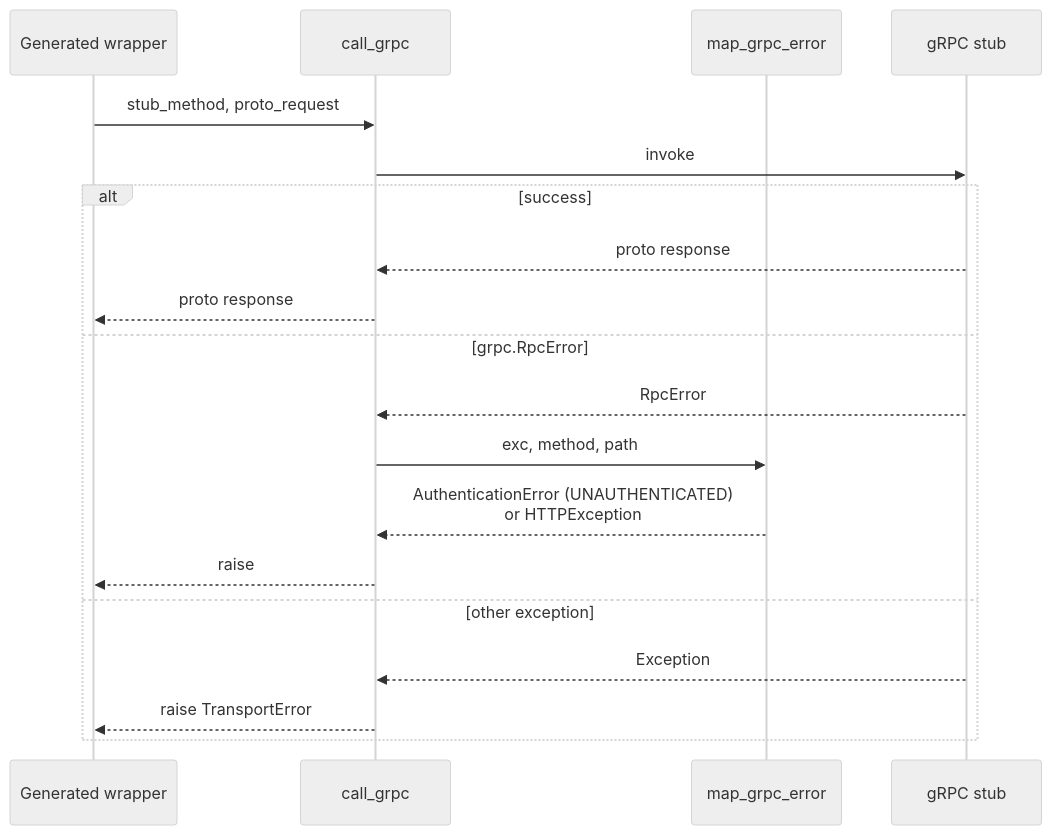
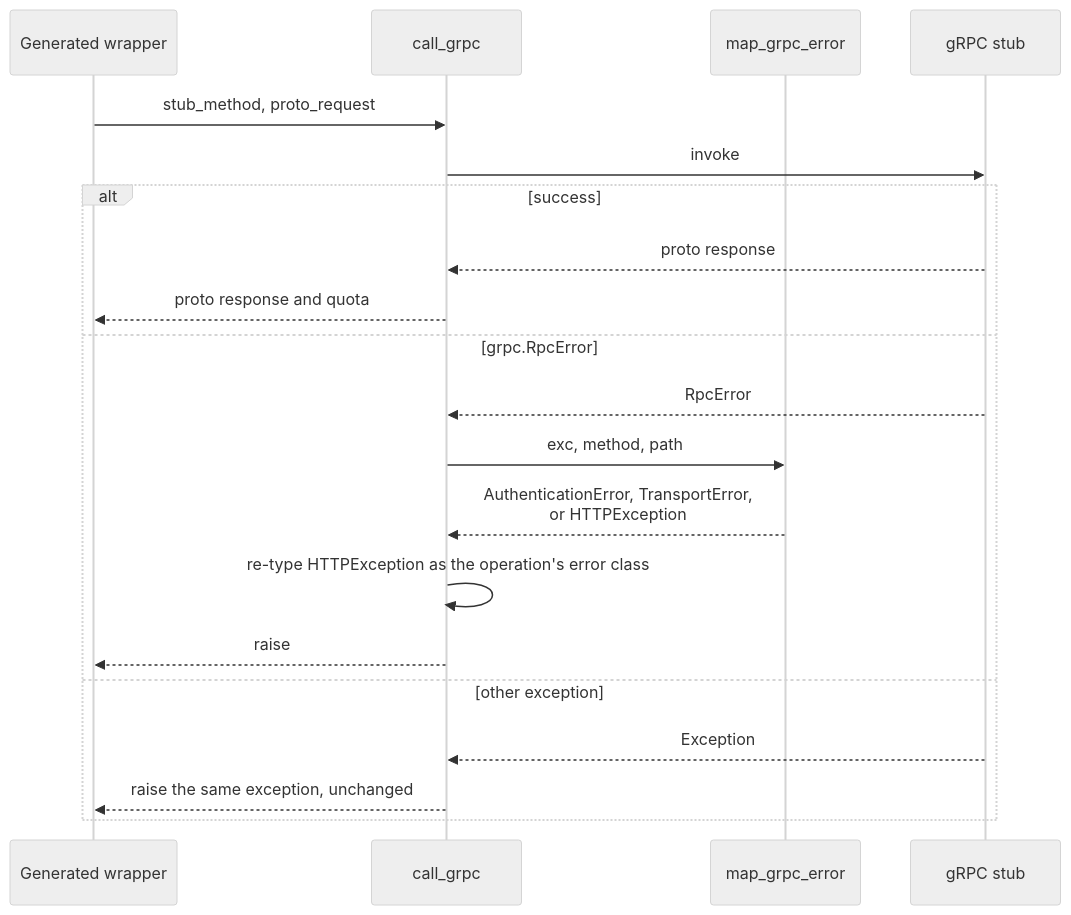
Before and after one commit to alexdearaujo/community_sdk_python: the second of 2 diagrams in src/kentik_api/core/README.md, drawn with Mermaid (neutral theme). The commit also changed other lines of this file and 37 other files, not shown here.

````diff
--- a/src/kentik_api/core/README.md
+++ b/src/kentik_api/core/README.md
@@ -64,21 +66,22 @@
 ```mermaid
 sequenceDiagram
     participant W as Generated wrapper
     participant CG as call_grpc
     participant MG as map_grpc_error
     participant S as gRPC stub
     W->>CG: stub_method, proto_request
     CG->>S: invoke
     alt success
         S-->>CG: proto response
-        CG-->>W: proto response
+        CG-->>W: proto response and quota
     else grpc.RpcError
         S-->>CG: RpcError
         CG->>MG: exc, method, path
-        MG-->>CG: AuthenticationError (UNAUTHENTICATED)<br/>or HTTPException
+        MG-->>CG: AuthenticationError, TransportError,<br/>or HTTPException
+        CG->>CG: re-type HTTPException as the operation's error class
         CG-->>W: raise
     else other exception
         S-->>CG: Exception
-        CG-->>W: raise TransportError
+        CG-->>W: raise the same exception, unchanged
     end
 ```
````
